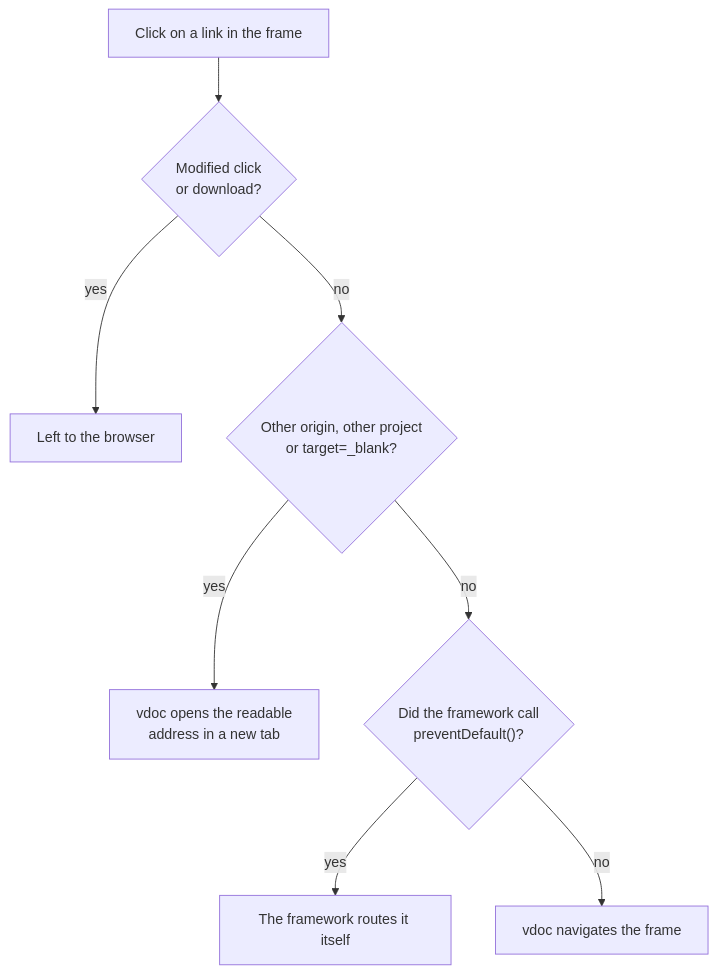
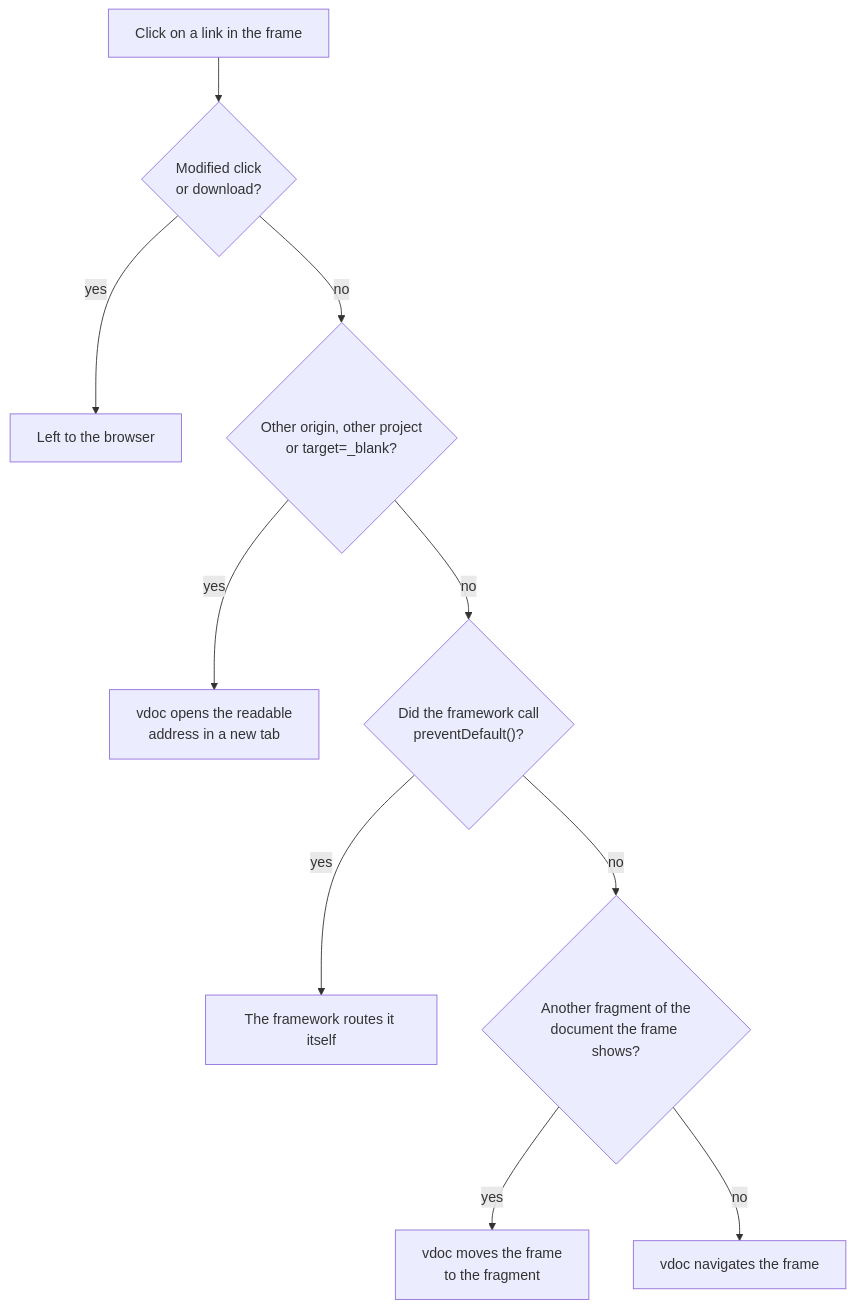
Before and after one commit to vorausrobotik/vdoc: the second of 2 diagrams in docs/docs/06-frame-contract.md, drawn with Mermaid. The commit also changed other lines of this file and 8 other files, not shown here.

First line of the commit message:
fix(ui): Jump to a fragment without reloading the frame

````diff
--- a/docs/docs/06-frame-contract.md
+++ b/docs/docs/06-frame-contract.md
@@ -206,10 +214,12 @@
 ```mermaid
 flowchart TD
     C[Click on a link in the frame] --> M{"Modified click<br/>or download?"}
     M -->|yes| B[Left to the browser]
     M -->|no| O{"Other origin, other project<br/>or target=_blank?"}
     O -->|yes| N["vdoc opens the readable<br/>address in a new tab"]
     O -->|no| P{"Did the framework call<br/>preventDefault()?"}
     P -->|yes| R[The framework routes it itself]
-    P -->|no| F[vdoc navigates the frame]
+    P -->|no| D{"Another fragment of the<br/>document the frame shows?"}
+    D -->|yes| H["vdoc moves the frame<br/>to the fragment"]
+    D -->|no| F[vdoc navigates the frame]
 ```
````
